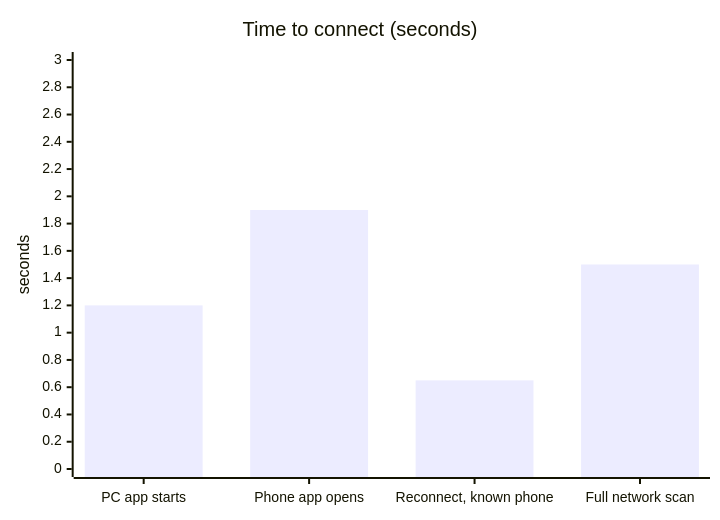
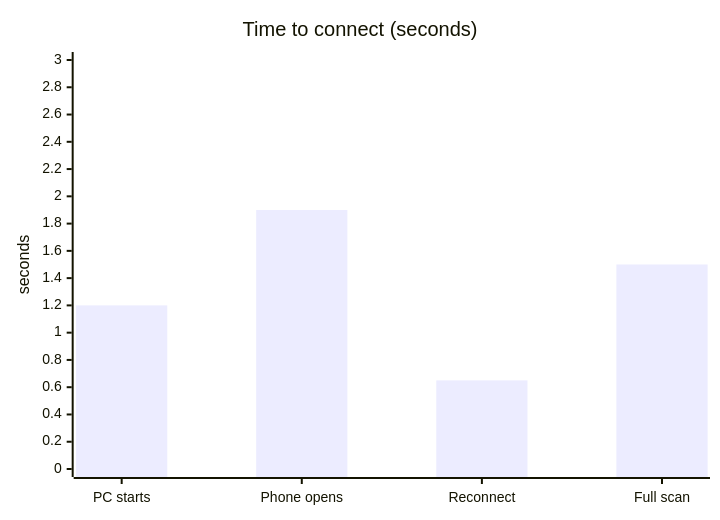
One commit to Hasan580/Send changed the second of 5 diagrams in README.md. Above: the diagram before and after it, drawn with Mermaid. The commit also changed other lines of this file, not shown here.

Commit message:
docs: shorter chart labels so they stay readable on narrow screens

````diff
--- a/README.md
+++ b/README.md
@@ -100,7 +101,7 @@
 ```mermaid
 xychart-beta
     title "Time to connect (seconds)"
-    x-axis ["PC app starts", "Phone app opens", "Reconnect, known phone", "Full network scan"]
+    x-axis ["PC starts", "Phone opens", "Reconnect", "Full scan"]
     y-axis "seconds" 0 --> 3
     bar [1.2, 1.9, 0.65, 1.5]
 ```
````
